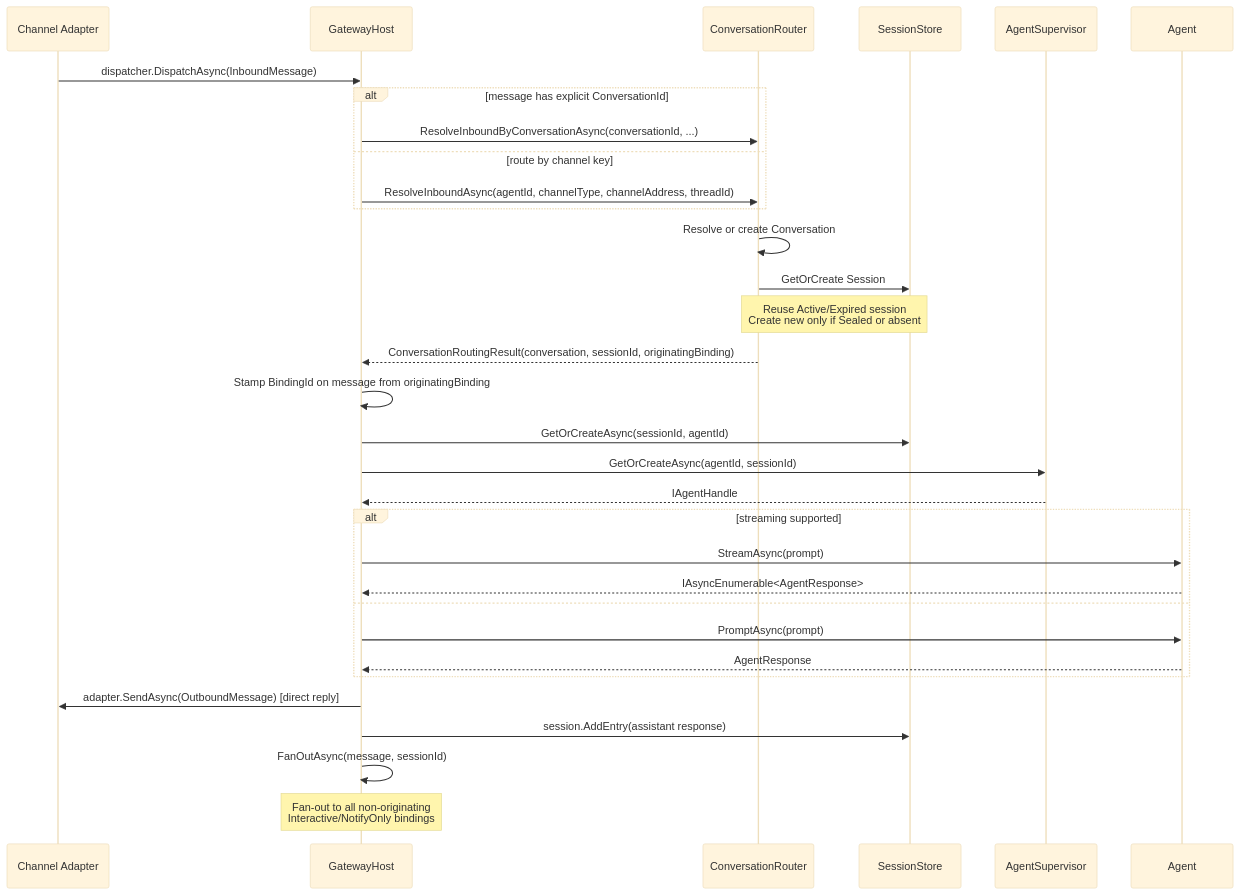
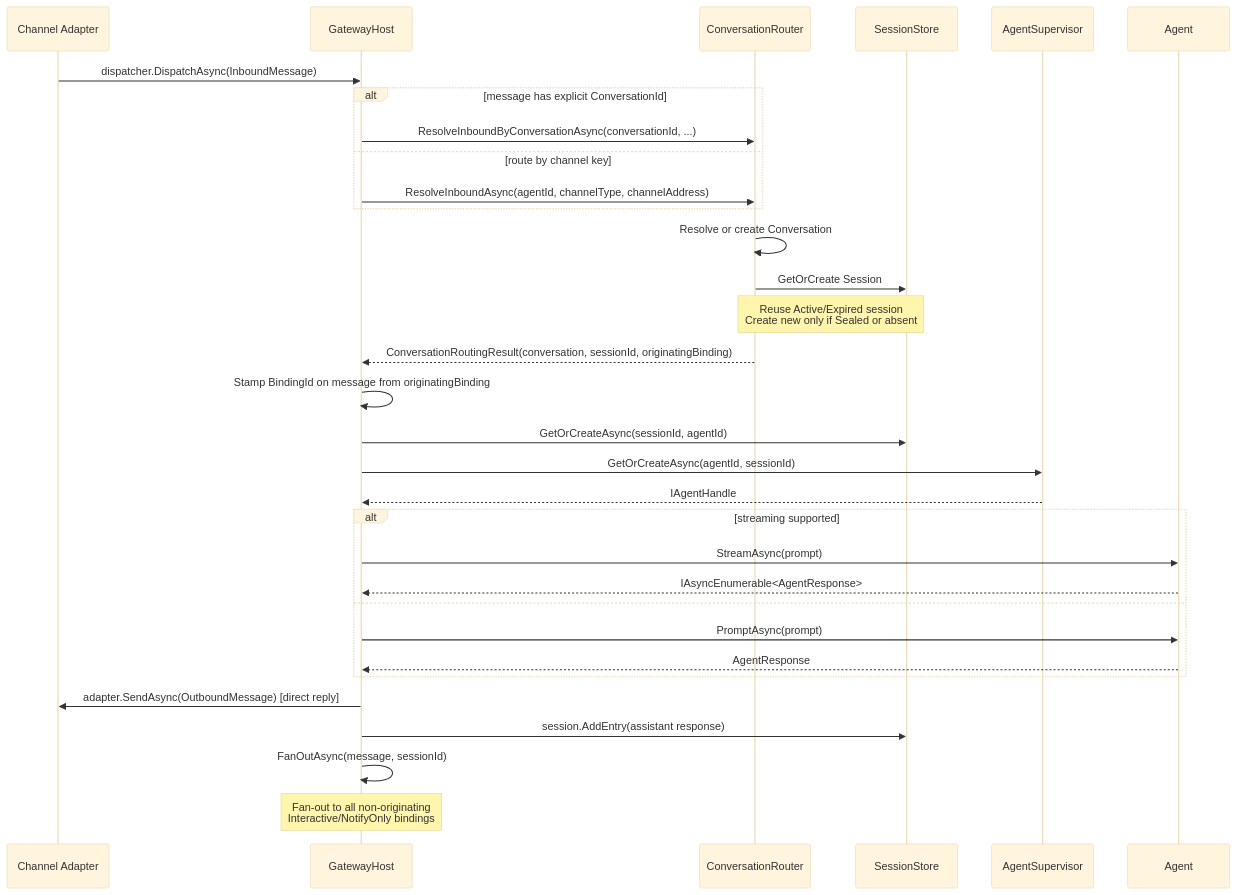
Before and after one commit to sytone/botnexus: the first of 4 diagrams in docs/architecture/gateway-flow.md, drawn with Mermaid (base theme). The commit also changed other lines of this file and 42 other files, not shown here.

````diff
--- a/docs/architecture/gateway-flow.md
+++ b/docs/architecture/gateway-flow.md
@@ -16,40 +16,40 @@
 ```mermaid
 sequenceDiagram
     participant CA as Channel Adapter
     participant GH as GatewayHost
     participant CR as ConversationRouter
     participant SS as SessionStore
     participant AS as AgentSupervisor
     participant A as Agent
 
     CA->>GH: dispatcher.DispatchAsync(InboundMessage)
 
     alt message has explicit ConversationId
         GH->>CR: ResolveInboundByConversationAsync(conversationId, ...)
     else route by channel key
-        GH->>CR: ResolveInboundAsync(agentId, channelType, channelAddress, threadId)
+        GH->>CR: ResolveInboundAsync(agentId, channelType, channelAddress)
     end
 
     CR->>CR: Resolve or create Conversation
     CR->>SS: GetOrCreate Session
     note over CR,SS: Reuse Active/Expired session<br/>Create new only if Sealed or absent
     CR-->>GH: ConversationRoutingResult(conversation, sessionId, originatingBinding)
 
     GH->>GH: Stamp BindingId on message from originatingBinding
     GH->>SS: GetOrCreateAsync(sessionId, agentId)
     GH->>AS: GetOrCreateAsync(agentId, sessionId)
     AS-->>GH: IAgentHandle
 
     alt streaming supported
         GH->>A: StreamAsync(prompt)
         A-->>GH: IAsyncEnumerable<AgentResponse>
     else
         GH->>A: PromptAsync(prompt)
         A-->>GH: AgentResponse
     end
 
     GH->>CA: adapter.SendAsync(OutboundMessage) [direct reply]
     GH->>SS: session.AddEntry(assistant response)
     GH->>GH: FanOutAsync(message, sessionId)
     note over GH: Fan-out to all non-originating<br/>Interactive/NotifyOnly bindings
 ```
````
